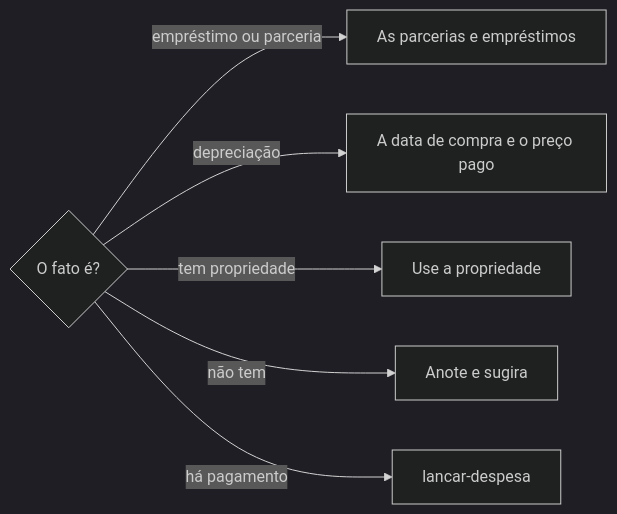
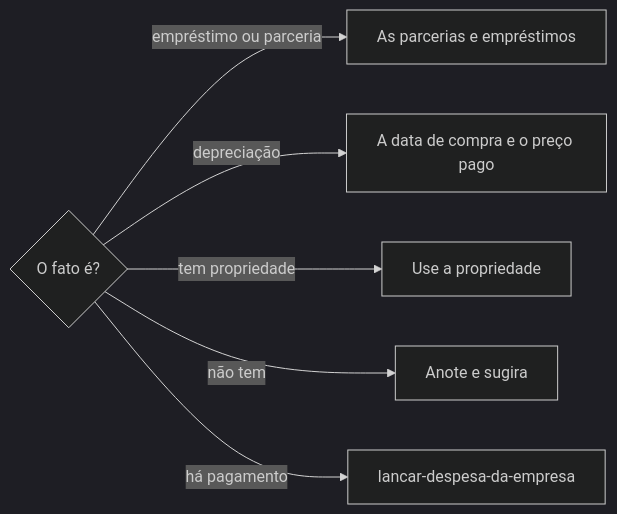
Before and after one commit to jimmyandrade/harness: the second of 2 diagrams in .agents/skills/registrar-ciclo-do-ativo/SKILL.md, drawn with Mermaid (dark theme). The commit also changed other lines of this file and 16 other files, not shown here.

First line of the commit message:
feat(lancar-despesa-da-empresa)!: name the company in the expense skill

````diff
--- a/.agents/skills/registrar-ciclo-do-ativo/SKILL.md
+++ b/.agents/skills/registrar-ciclo-do-ativo/SKILL.md
@@ -45,8 +45,8 @@
 ```mermaid
 flowchart LR
   R{O fato é?} -->|empréstimo ou parceria| P[As parcerias e empréstimos]
   R -->|depreciação| C[A data de compra e o preço pago]
   R -->|tem propriedade| U[Use a propriedade]
   R -->|não tem| O[Anote e sugira]
-  R -->|há pagamento| D[lancar-despesa]
+  R -->|há pagamento| D[lancar-despesa-da-empresa]
 ```
````
